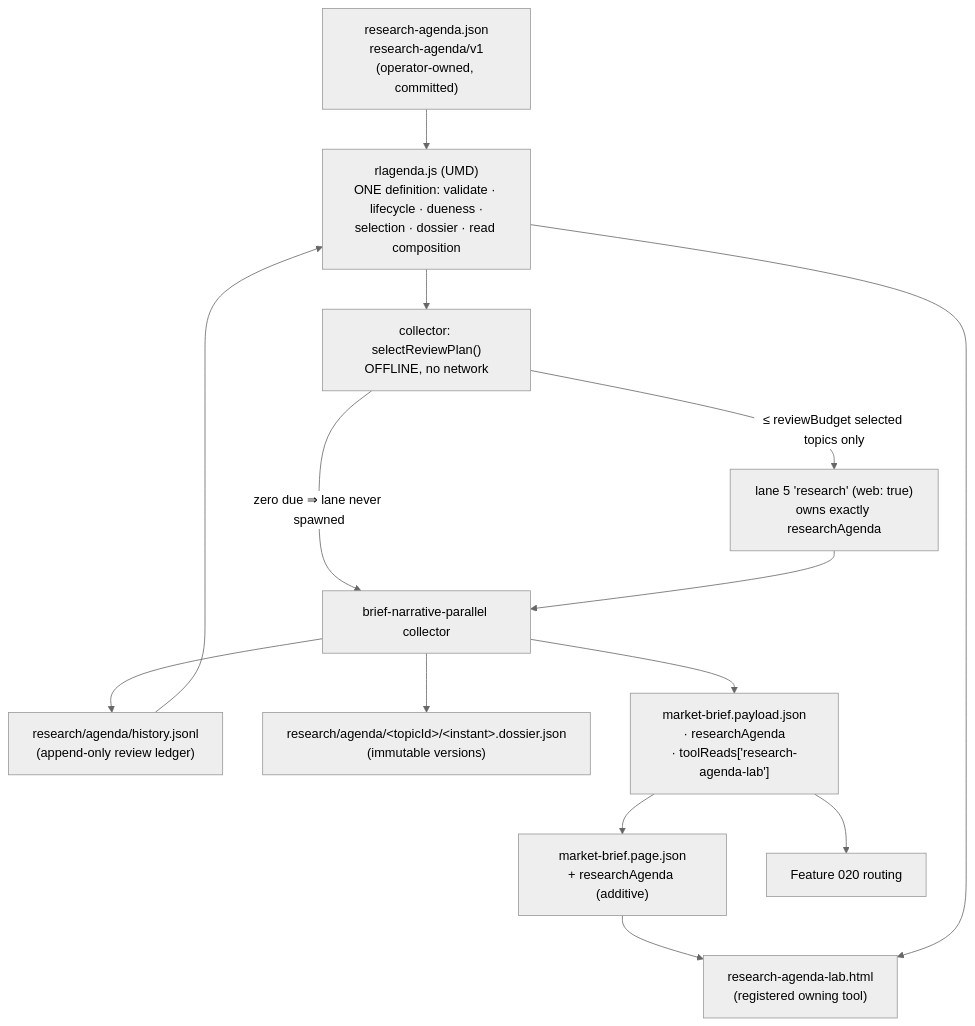
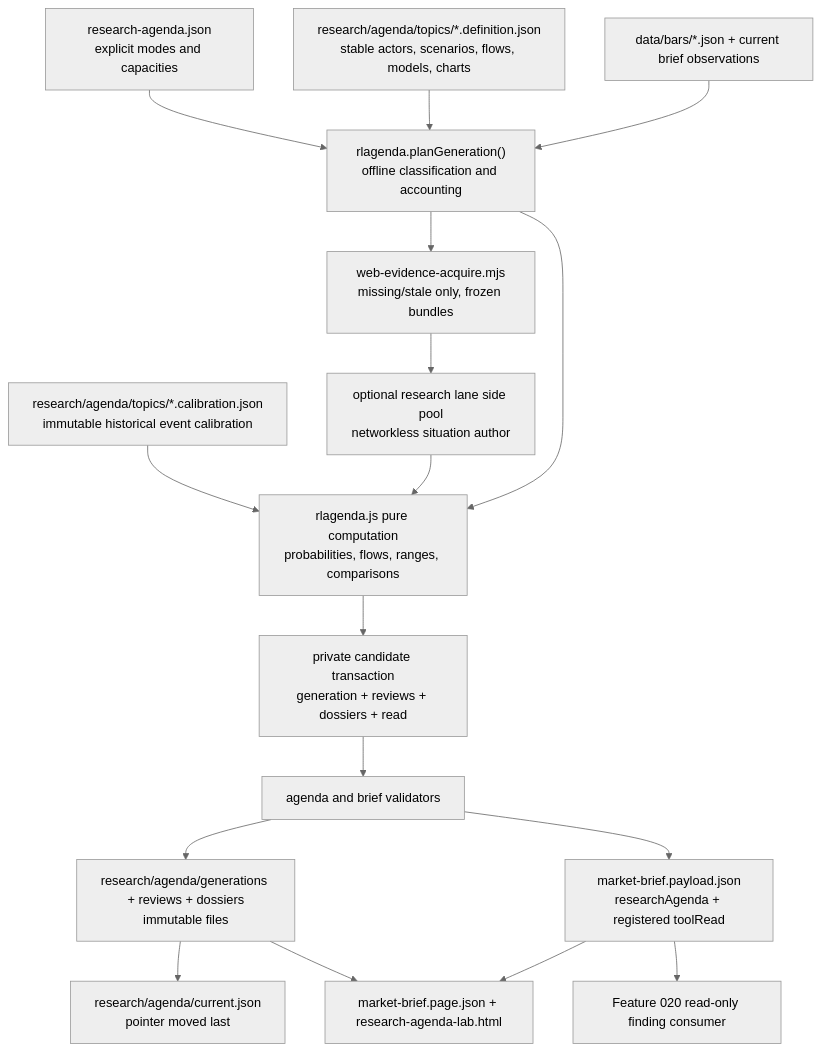
One commit to pkirsanov/research-lab changed the diagram in specs/019-custom-recurring-research-agenda/design.md. Above: the diagram before and after it, drawn with Mermaid (neutral theme). The commit also changed other lines of this file and 80 other files, not shown here.

Commit message:
feat: add custom recurring research agenda

````diff
--- a/specs/019-custom-recurring-research-agenda/design.md
+++ b/specs/019-custom-recurring-research-agenda/design.md
@@ -155,28 +114,35 @@
 ```mermaid
 flowchart TD
-  REG["research-agenda.json<br/>research-agenda/v1<br/>(operator-owned, committed)"]
-  LEDGER["research/agenda/history.jsonl<br/>(append-only review ledger)"]
-  DOSSIERS["research/agenda/&lt;topicId&gt;/&lt;instant&gt;.dossier.json<br/>(immutable versions)"]
-  MOD["rlagenda.js (UMD)<br/>ONE definition: validate · lifecycle · dueness ·<br/>selection · dossier · read composition"]
-  SEL["collector: selectReviewPlan()<br/>OFFLINE, no network"]
-  LANE["lane 5 'research' (web: true)<br/>owns exactly researchAgenda"]
-  COLL["brief-narrative-parallel collector"]
-  PAY["market-brief.payload.json<br/>· researchAgenda<br/>· toolReads['research-agenda-lab']"]
-  PAGE["market-brief.page.json<br/>+ researchAgenda (additive)"]
-  TOOLPAGE["research-agenda-lab.html<br/>(registered owning tool)"]
-  F020["Feature 020 routing"]
+  REG["research-agenda.json\nexplicit modes and capacities"]
+  DEF["research/agenda/topics/*.definition.json\nstable actors, scenarios, flows, models, charts"]
+  CAL["research/agenda/topics/*.calibration.json\nimmutable historical event calibration"]
+  BARS["data/bars/*.json + current brief observations"]
+  PLAN["rlagenda.planGeneration()\noffline classification and accounting"]
+  ACQ["web-evidence-acquire.mjs\nmissing/stale only, frozen bundles"]
+  AGENT["optional research lane side pool\nnetworkless situation author"]
+  MODEL["rlagenda.js pure computation\nprobabilities, flows, ranges, comparisons"]
+  CAND["private candidate transaction\ngeneration + reviews + dossiers + read"]
+  GATE["agenda and brief validators"]
+  IMM["research/agenda/generations + reviews + dossiers\nimmutable files"]
+  CUR["research/agenda/current.json\npointer moved last"]
+  PAY["market-brief.payload.json\nresearchAgenda + registered toolRead"]
+  PAGE["market-brief.page.json + research-agenda-lab.html"]
+  F020["Feature 020 read-only finding consumer"]
 
-  REG --> MOD
-  LEDGER --> MOD
-  MOD --> SEL
-  SEL -->|"zero due ⇒ lane never spawned"| COLL
-  SEL -->|"≤ reviewBudget selected topics only"| LANE
-  LANE --> COLL
-  COLL --> DOSSIERS
-  COLL --> LEDGER
-  COLL --> PAY
+  REG --> PLAN
+  DEF --> PLAN
+  CAL --> MODEL
+  BARS --> PLAN
+  PLAN --> ACQ
+  ACQ --> AGENT
+  AGENT --> MODEL
+  PLAN --> MODEL
+  MODEL --> CAND
+  CAND --> GATE
+  GATE --> IMM
+  IMM --> CUR
+  GATE --> PAY
   PAY --> PAGE
-  PAGE --> TOOLPAGE
-  MOD --> TOOLPAGE
+  IMM --> PAGE
   PAY --> F020
 ```
````
